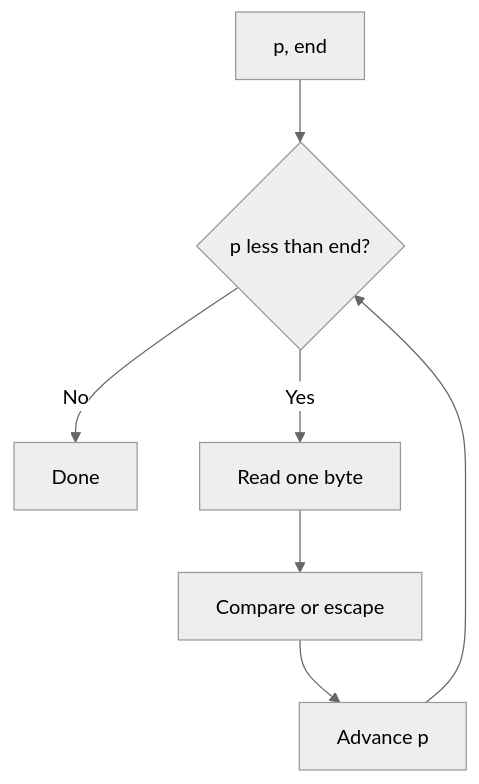
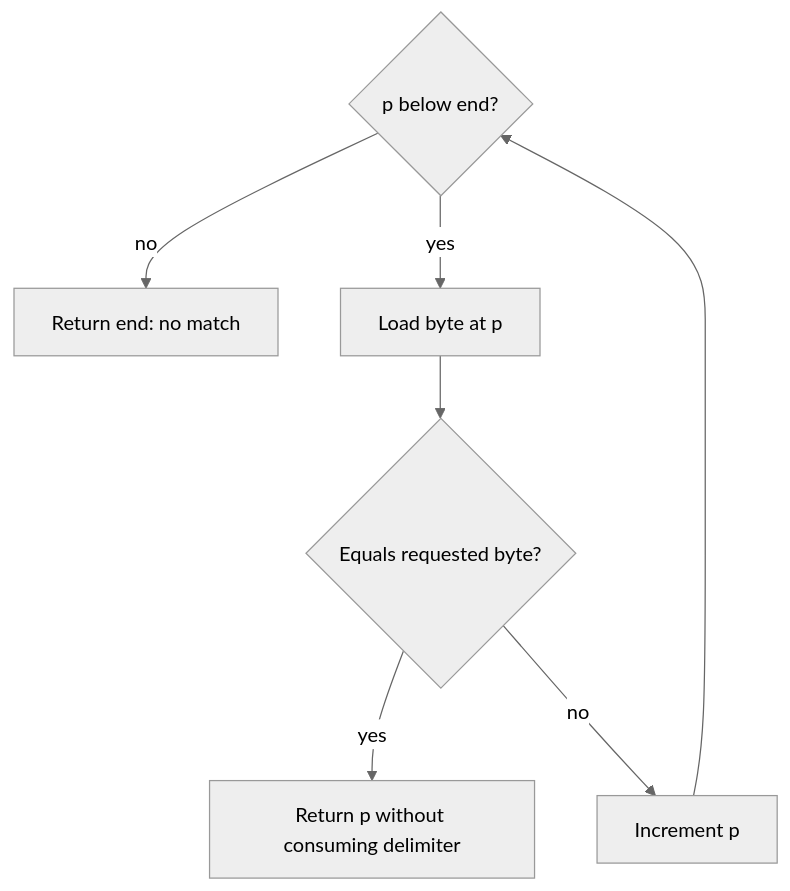
One commit to macchiato-dev/macchiato changed the diagram in dev/microwasm/renderer/02-scanning.md. Above: the diagram before and after it, drawn with Mermaid (neutral theme). The commit also changed other lines of this file and 3 other files, not shown here.

````diff
--- a/dev/microwasm/renderer/02-scanning.md
+++ b/dev/microwasm/renderer/02-scanning.md
@@ -20,9 +26,9 @@
 ```mermaid
 flowchart TD
-    A[p, end] --> B{p less than end?}
-    B -- No --> R[Done]
-    B -- Yes --> C[Read one byte]
-    C --> D[Compare or escape]
-    D --> E[Advance p]
-    E --> B
+  A{p below end?} -- no --> N[Return end: no match]
+  A -- yes --> L[Load byte at p]
+  L --> M{Equals requested byte?}
+  M -- yes --> R[Return p without consuming delimiter]
+  M -- no --> I[Increment p]
+  I --> A
 ```
````
